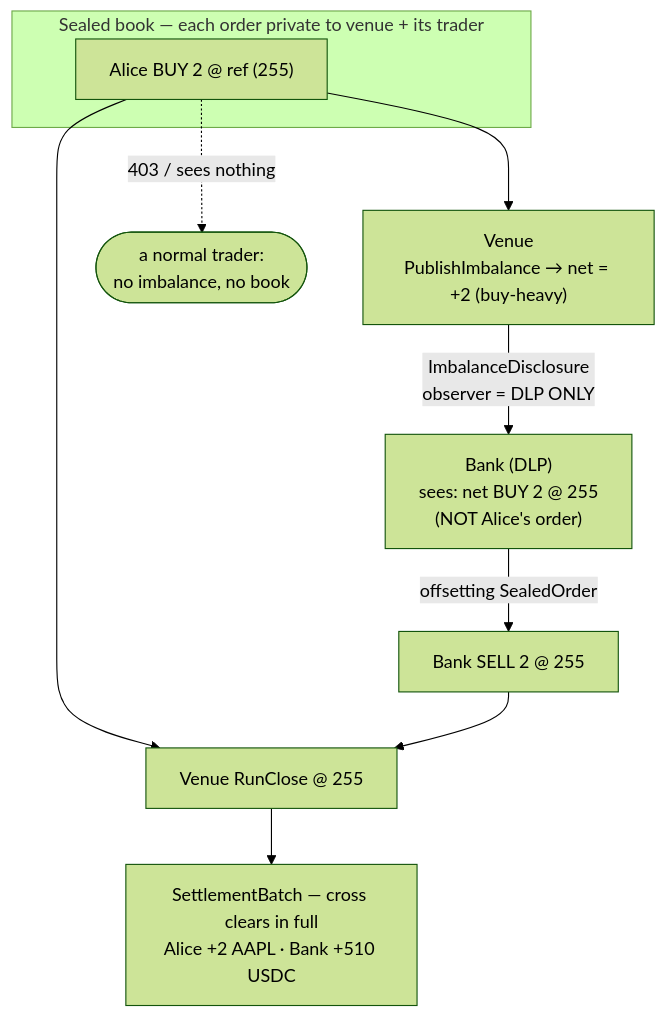
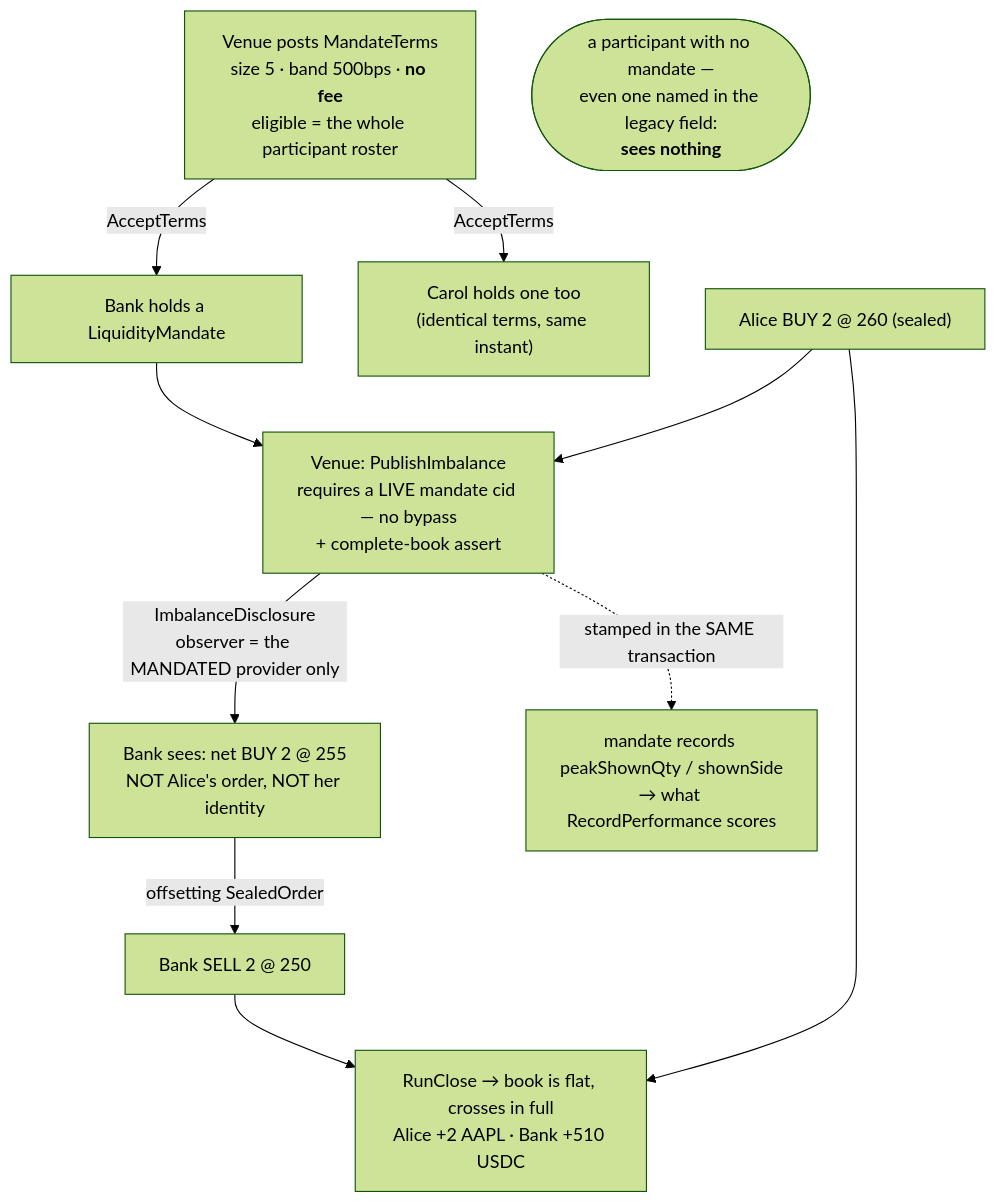
Before and after one commit to superbigroach/canton-dvp-settlement-desk: the third of 3 diagrams in README.md, drawn with Mermaid (forest theme). The commit also changed other lines of this file and 193 other files, not shown here.

First line of the commit message:
fix: audit findings — recoverable close, wrong-instrument DoS, sealed-book clearing, cash dust, batch privacy

````diff
--- a/README.md
+++ b/README.md
@@ -244,14 +556,14 @@
 ```mermaid
 flowchart TD
-    subgraph Sealed["Sealed book — each order private to venue + its trader"]
-        A["Alice BUY 2 @ ref (255)"]
-    end
-    A --> V["Venue<br/>PublishImbalance → net = +2 (buy-heavy)"]
-    V -->|"ImbalanceDisclosure<br/>observer = DLP ONLY"| LP["Bank (DLP)<br/>sees: net BUY 2 @ 255<br/>(NOT Alice's order)"]
-    A -. "403 / sees nothing" .-> X(["a normal trader:<br/>no imbalance, no book"])
-    LP -->|"offsetting SealedOrder"| S["Bank SELL 2 @ 255"]
-    V2["Venue RunClose @ 255"]
-    A --> V2
-    S --> V2
-    V2 --> B["SettlementBatch — cross clears in full<br/>Alice +2 AAPL · Bank +510 USDC"]
+    T["Venue posts MandateTerms<br/>size 5 · band 500bps · <b>no fee</b><br/>eligible = the whole participant roster"]
+    T -->|AcceptTerms| M1["Bank holds a LiquidityMandate"]
+    T -->|AcceptTerms| M2["Carol holds one too<br/>(identical terms, same instant)"]
+    A["Alice BUY 2 @ 260 (sealed)"] --> V["Venue: PublishImbalance<br/>requires a LIVE mandate cid — no bypass<br/>+ complete-book assert"]
+    M1 --> V
+    V -->|"ImbalanceDisclosure<br/>observer = the MANDATED provider only"| LP["Bank sees: net BUY 2 @ 255<br/>NOT Alice's order, NOT her identity"]
+    V -.->|"stamped in the SAME transaction"| N["mandate records peakShownQty / shownSide<br/>→ what RecordPerformance scores"]
+    X(["a participant with no mandate —<br/>even one named in the legacy field:<br/><b>sees nothing</b>"])
+    LP -->|"offsetting SealedOrder"| S["Bank SELL 2 @ 250"]
+    S --> C["RunClose → book is flat, crosses in full<br/>Alice +2 AAPL · Bank +510 USDC"]
+    A --> C
 ```
````
